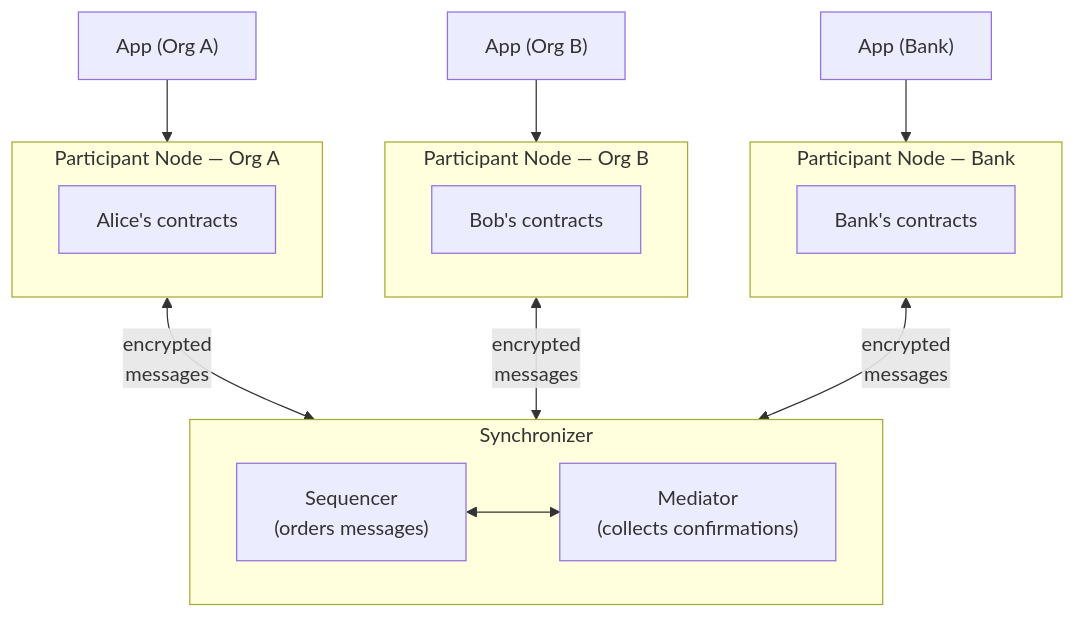
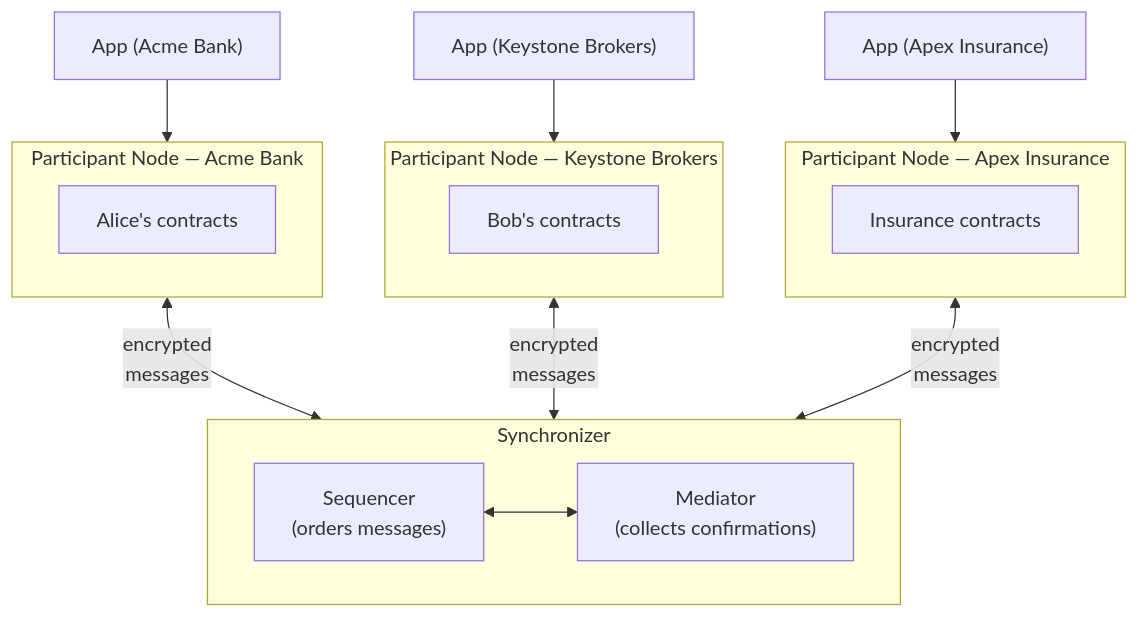
Before and after one commit to crisog/daml: the diagram in docs/content/docs/canton-network/index.mdx, drawn with Mermaid. The commit also changed other lines of this file and 1 other file, not shown here.

Commit message:
docs: clarify roles of parties and participants in Canton network

````diff
--- a/docs/content/docs/canton-network/index.mdx
+++ b/docs/content/docs/canton-network/index.mdx
@@ -19,29 +29,29 @@
 ```mermaid
 flowchart TB
-    App1["App (Org A)"] --> p1
-    App2["App (Org B)"] --> p2
-    App3["App (Bank)"] --> p3
+    App1["App (Acme Bank)"] --> p1
+    App2["App (Keystone Brokers)"] --> p2
+    App3["App (Apex Insurance)"] --> p3
 
-    subgraph p1 ["Participant Node — Org A"]
+    subgraph p1 ["Participant Node — Acme Bank"]
         A["Alice's contracts"]
     end
 
-    subgraph p2 ["Participant Node — Org B"]
+    subgraph p2 ["Participant Node — Keystone Brokers"]
         B["Bob's contracts"]
     end
 
-    subgraph p3 ["Participant Node — Bank"]
-        BK["Bank's contracts"]
+    subgraph p3 ["Participant Node — Apex Insurance"]
+        BK["Insurance contracts"]
     end
 
     p1 <-- "encrypted\nmessages" --> sync
     p2 <-- "encrypted\nmessages" --> sync
     p3 <-- "encrypted\nmessages" --> sync
 
     subgraph sync ["Synchronizer"]
         direction LR
         SQ["Sequencer\n(orders messages)"]
         MD["Mediator\n(collects confirmations)"]
         SQ <--> MD
     end
 ```
````
